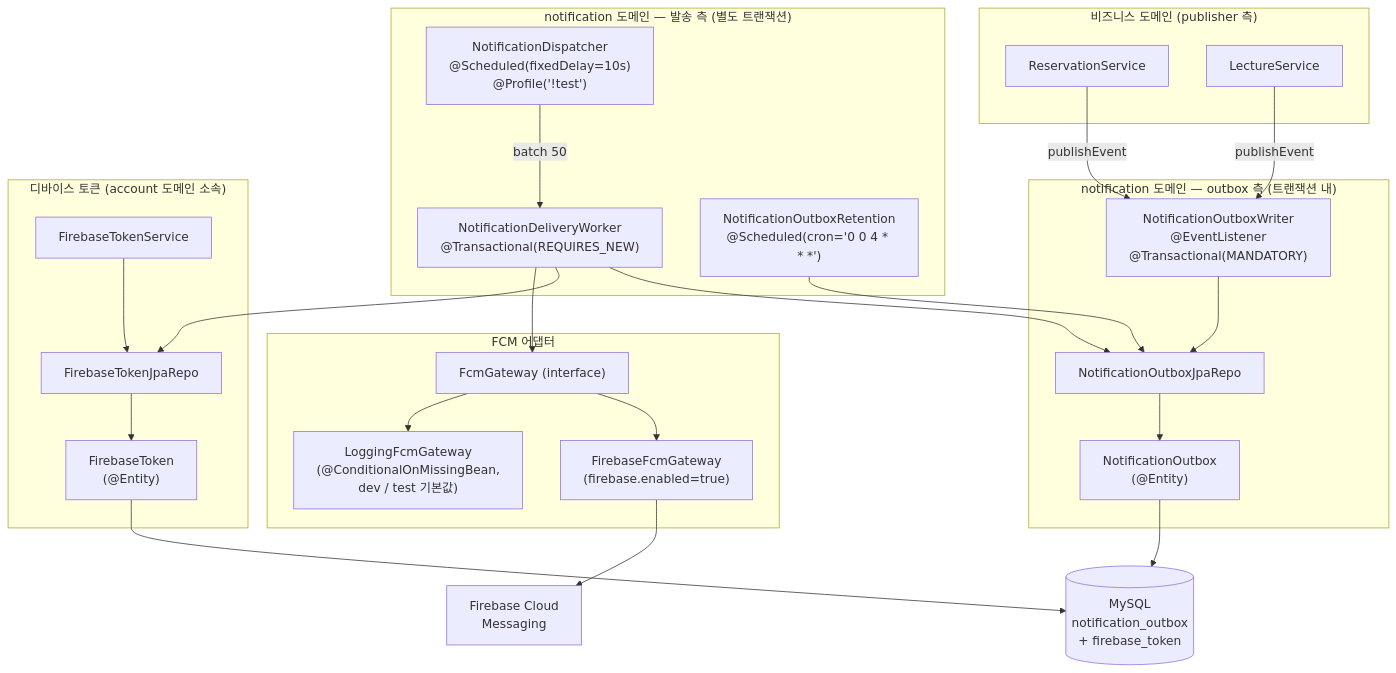
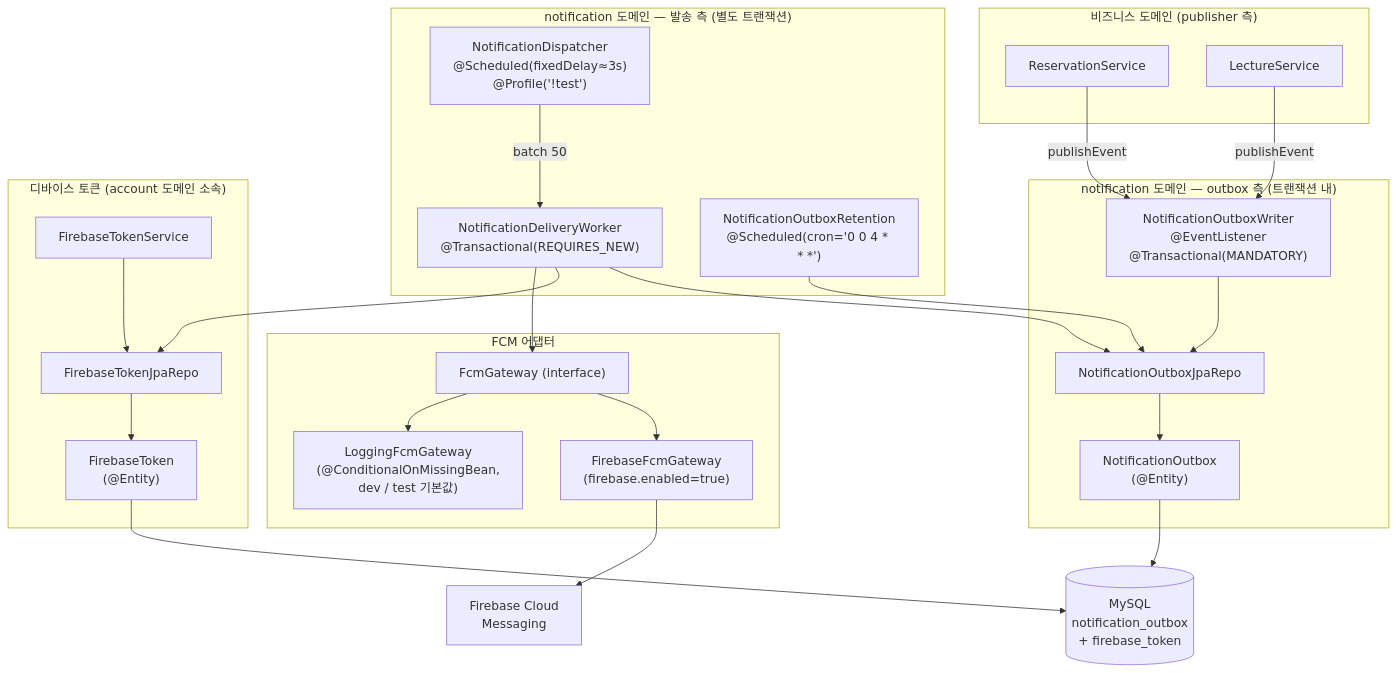
One commit to pungdong/Pungdong-Backend changed the first of 6 diagrams in docs/architecture/notification.md. Above: the diagram before and after it, drawn with Mermaid. The commit also changed other lines of this file and 2 other files, not shown here.

````diff
--- a/docs/architecture/notification.md
+++ b/docs/architecture/notification.md
@@ -15,54 +15,54 @@
 ```mermaid
 flowchart TB
     subgraph Biz["비즈니스 도메인 (publisher 측)"]
         ReservSvc["ReservationService"]
         LectSvc["LectureService"]
     end
 
     subgraph Outbox["notification 도메인 — outbox 측 (트랜잭션 내)"]
         Writer["NotificationOutboxWriter<br/>@EventListener<br/>@Transactional(MANDATORY)"]
         OutboxEntity["NotificationOutbox<br/>(@Entity)"]
         OutboxRepo["NotificationOutboxJpaRepo"]
     end
 
     subgraph Worker["notification 도메인 — 발송 측 (별도 트랜잭션)"]
-        Dispatcher["NotificationDispatcher<br/>@Scheduled(fixedDelay=10s)<br/>@Profile('!test')"]
+        Dispatcher["NotificationDispatcher<br/>@Scheduled(fixedDelay≈3s)<br/>@Profile('!test')"]
         DeliveryWorker["NotificationDeliveryWorker<br/>@Transactional(REQUIRES_NEW)"]
         Retention["NotificationOutboxRetention<br/>@Scheduled(cron='0 0 4 * * *')"]
     end
 
     subgraph Token["디바이스 토큰 (account 도메인 소속)"]
         TokenSvc["FirebaseTokenService"]
         TokenEntity["FirebaseToken<br/>(@Entity)"]
         TokenRepo["FirebaseTokenJpaRepo"]
     end
 
     subgraph Fcm["FCM 어댑터"]
         Gateway["FcmGateway (interface)"]
         Real["FirebaseFcmGateway<br/>(firebase.enabled=true)"]
         Stub["LoggingFcmGateway<br/>(@ConditionalOnMissingBean,<br/>dev / test 기본값)"]
     end
 
     DB[("MySQL<br/>notification_outbox<br/>+ firebase_token")]
     FCMext["Firebase Cloud<br/>Messaging"]
 
     ReservSvc -->|publishEvent| Writer
     LectSvc -->|publishEvent| Writer
     Writer --> OutboxRepo
     OutboxRepo --> OutboxEntity
     OutboxEntity --> DB
 
     Dispatcher -->|batch 50| DeliveryWorker
     DeliveryWorker --> OutboxRepo
     DeliveryWorker --> TokenRepo
     DeliveryWorker --> Gateway
     Retention --> OutboxRepo
 
     Gateway --> Real
     Gateway --> Stub
     Real --> FCMext
 
     TokenSvc --> TokenRepo
     TokenRepo --> TokenEntity
     TokenEntity --> DB
 ```
````
